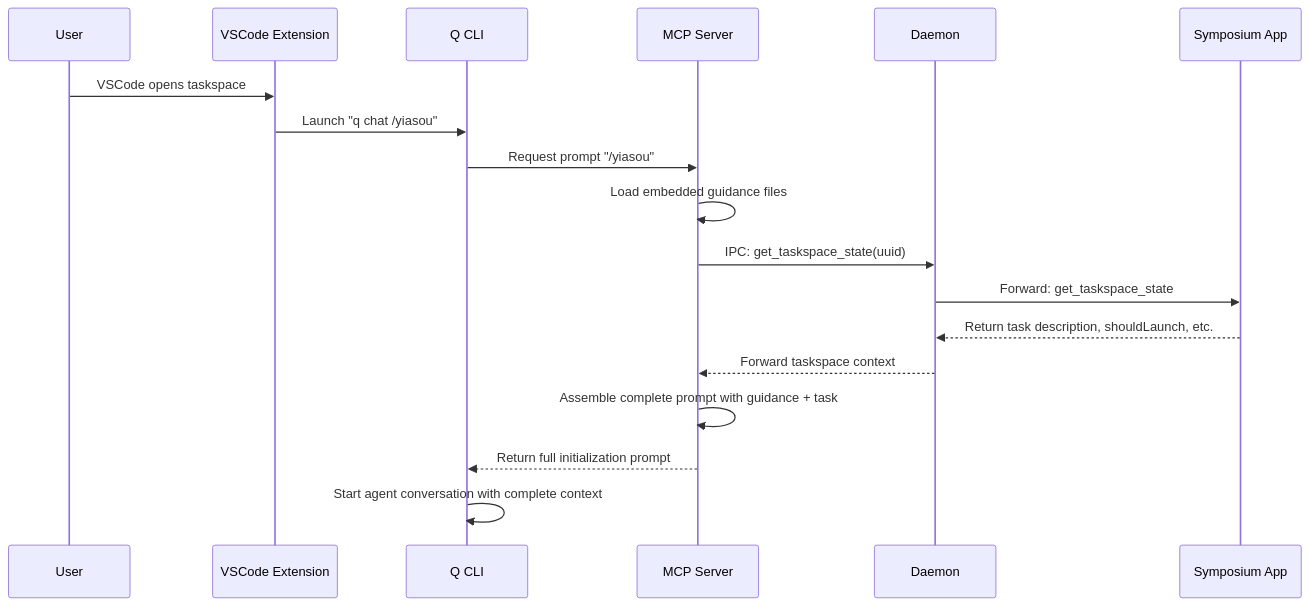
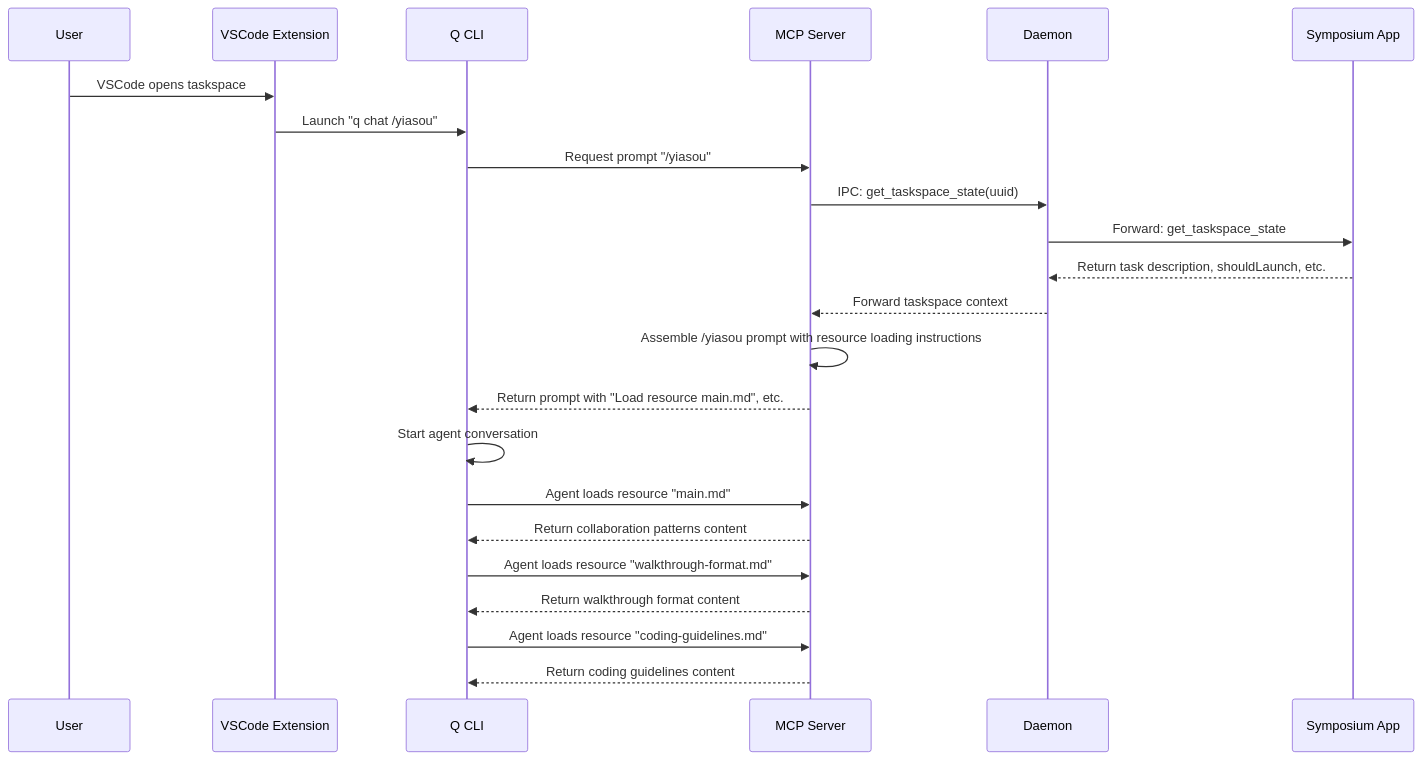
Before and after one commit to socratic-shell/symposium: the diagram in md/design/guidance-and-initialization.md, drawn with Mermaid. The commit also changed other lines of this file and 1 other file, not shown here.

First line of the commit message:
Implement MCP resource system for guidance files

````diff
--- a/md/design/guidance-and-initialization.md
+++ b/md/design/guidance-and-initialization.md
@@ -102,21 +127,26 @@
 ```mermaid
 sequenceDiagram
     participant User
     participant Ext as VSCode Extension
     participant Q as Q CLI
     participant MCP as MCP Server
     participant Daemon
     participant Symposium as Symposium App
 
     User->>Ext: VSCode opens taskspace
     Ext->>Q: Launch "q chat /yiasou"
     Q->>MCP: Request prompt "/yiasou"
-    MCP->>MCP: Load embedded guidance files
     MCP->>Daemon: IPC: get_taskspace_state(uuid)
     Daemon->>Symposium: Forward: get_taskspace_state
     Symposium-->>Daemon: Return task description, shouldLaunch, etc.
     Daemon-->>MCP: Forward taskspace context
-    MCP->>MCP: Assemble complete prompt with guidance + task
-    MCP-->>Q: Return full initialization prompt
-    Q->>Q: Start agent conversation with complete context
+    MCP->>MCP: Assemble /yiasou prompt with resource loading instructions
+    MCP-->>Q: Return prompt with "Load resource main.md", etc.
+    Q->>Q: Start agent conversation
+    Q->>MCP: Agent loads resource "main.md"
+    MCP-->>Q: Return collaboration patterns content
+    Q->>MCP: Agent loads resource "walkthrough-format.md"
+    MCP-->>Q: Return walkthrough format content
+    Q->>MCP: Agent loads resource "coding-guidelines.md"
+    MCP-->>Q: Return coding guidelines content
 ```
````
